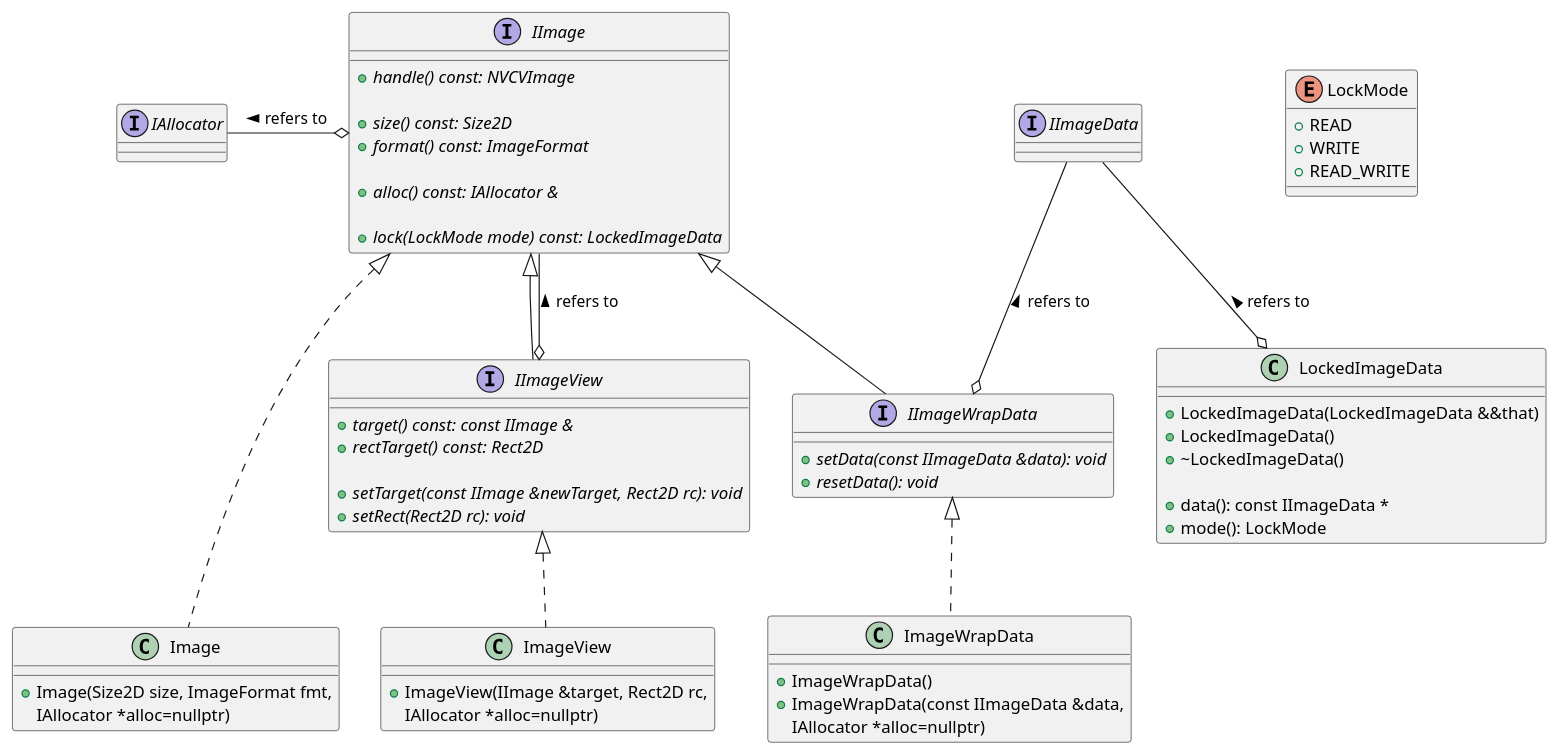
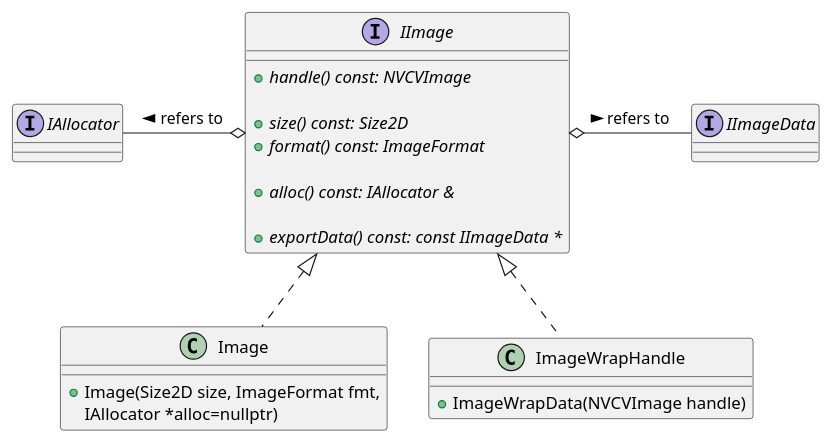
One commit to JanuszL/CV-CUDA changed the diagram in docs/design/image_classes.puml. Above: the diagram before and after it, drawn with PlantUML. The commit also changed 21 other files, not shown here.

First line of the commit message:
feat: add Image and ImageWrapHandle APIs

```diff
--- a/docs/design/image_classes.puml
+++ b/docs/design/image_classes.puml
@@ -13,86 +13,34 @@
 @startuml
 
 interface IAllocator
 
 interface IImageData
-
-enum LockMode
-{
-    + READ
-    + WRITE
-    + READ_WRITE
-}
-
-class LockedImageData
-{
-    + LockedImageData(LockedImageData &&that)
-    + LockedImageData()
-    + ~LockedImageData()
-
-    + data(): const IImageData *
-    + mode(): LockMode
-}
-
-LockMode -[hidden]- LockedImageData
 
 interface IImage
 {
     + {abstract} handle() const: NVCVImage
 
     + {abstract} size() const: Size2D
     + {abstract} format() const: ImageFormat
 
     + {abstract} alloc() const: IAllocator &
 
-    + {abstract} lock(LockMode mode) const: LockedImageData
+    + {abstract} exportData() const: const IImageData *
 }
 
-IImageData --o LockedImageData: refers to <
 
 IAllocator -right-o IImage: refers to <
-
-interface IImageWrapData extends IImage
-{
-    + {abstract} setData(const IImageData &data): void
-    + {abstract} resetData(): void
-}
-
-IImageData -down-o IImageWrapData: refers to <
-
-interface IImageView
-{
-    + {abstract} target() const: const IImage &
-    + {abstract} rectTarget() const: Rect2D
-
-    + {abstract} setTarget(const IImage &newTarget, Rect2D rc): void
-    + {abstract} setRect(Rect2D rc): void
-}
-IImage <|-down- IImageView
-IImage --o IImageView: refers to <
-
-IImageView -[hidden]right- ImageWrapData
-
-together {
+IImageData -left-o IImage: refers to <
 
 class Image implements IImage
 {
     + Image(Size2D size, ImageFormat fmt,
             IAllocator *alloc=nullptr)
 }
 
-class ImageView implements IImageView
+class ImageWrapHandle implements IImage
 {
-    + ImageView(IImage &target, Rect2D rc,
-                IAllocator *alloc=nullptr)
-}
-
-class ImageWrapData implements IImageWrapData
-{
-    + ImageWrapData()
-    + ImageWrapData(const IImageData &data,
-                    IAllocator *alloc=nullptr)
-}
-
+    + ImageWrapData(NVCVImage handle)
 }
 
 @enduml
```
